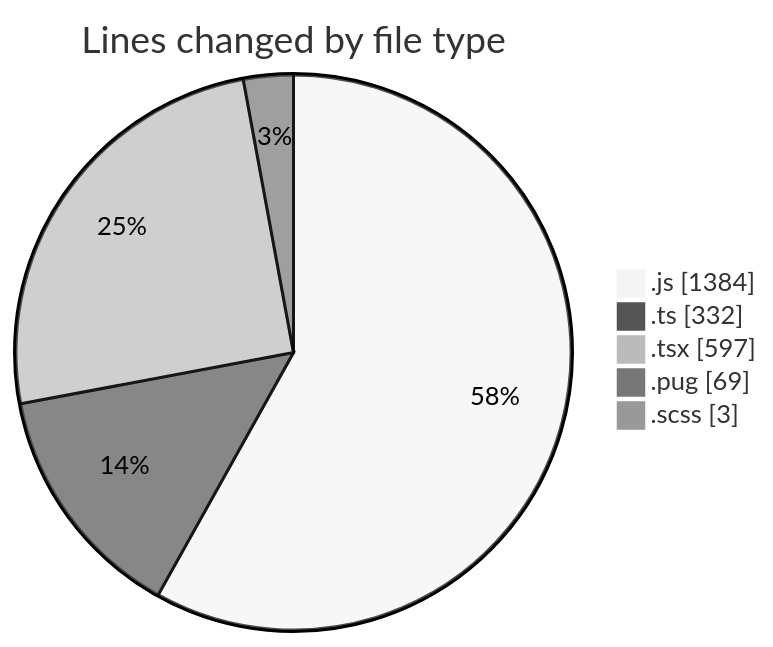
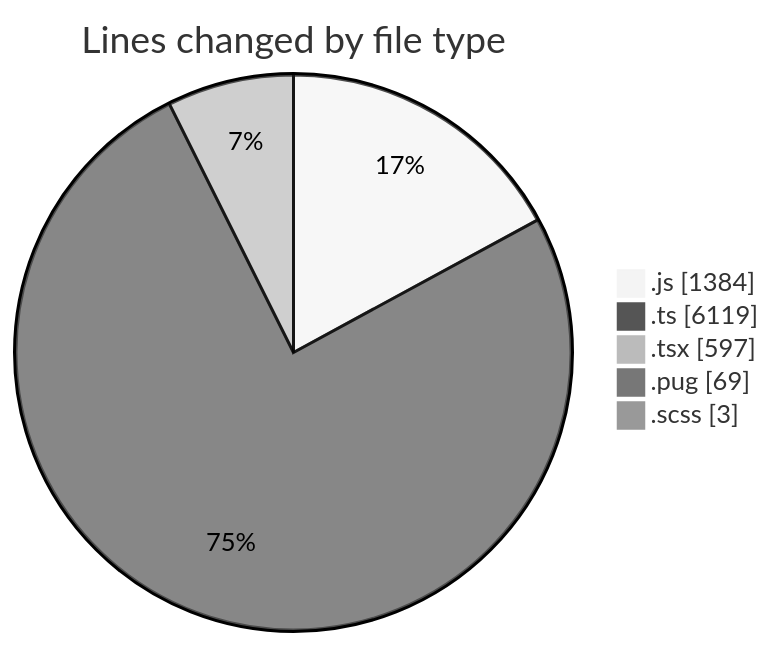
The first of 2 diagrams in 2025-03-25/cda/README.md (momahboobian/code-tracking), drawn with Mermaid (neutral theme) before and after one commit. The commit also changed other lines of this file and 1 other file, not shown here.

````diff
--- a/2025-03-25/cda/README.md
+++ b/2025-03-25/cda/README.md
@@ -34,9 +34,9 @@
 ```mermaid
 pie showData
 title Lines changed by file type
 ".js" : 1384
-".ts" : 332
+".ts" : 6119
 ".tsx" : 597
 ".pug" : 69
 ".scss" : 3
 ```
````
